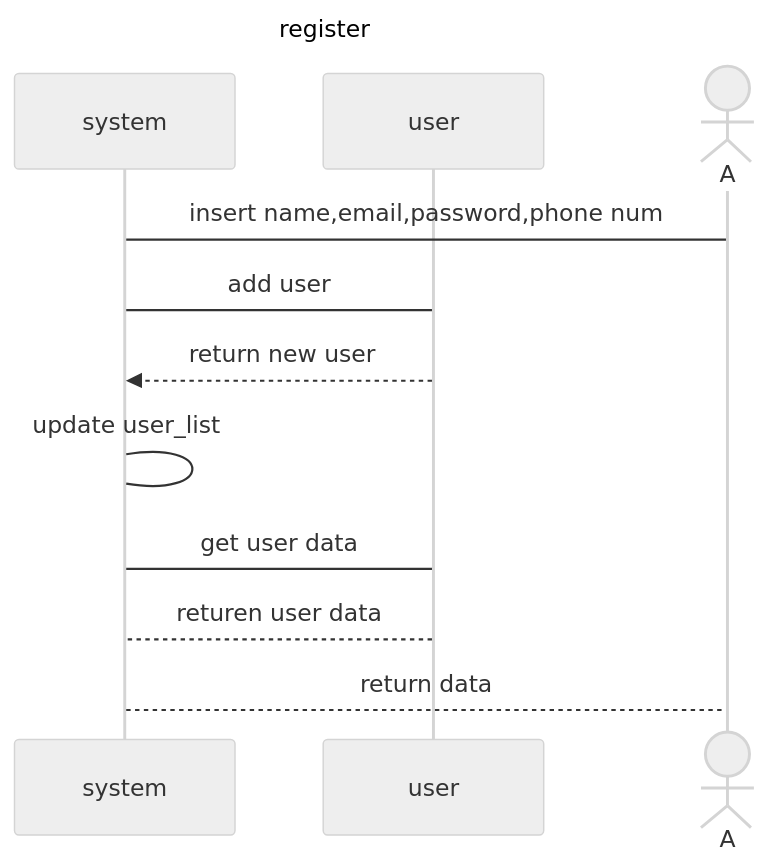
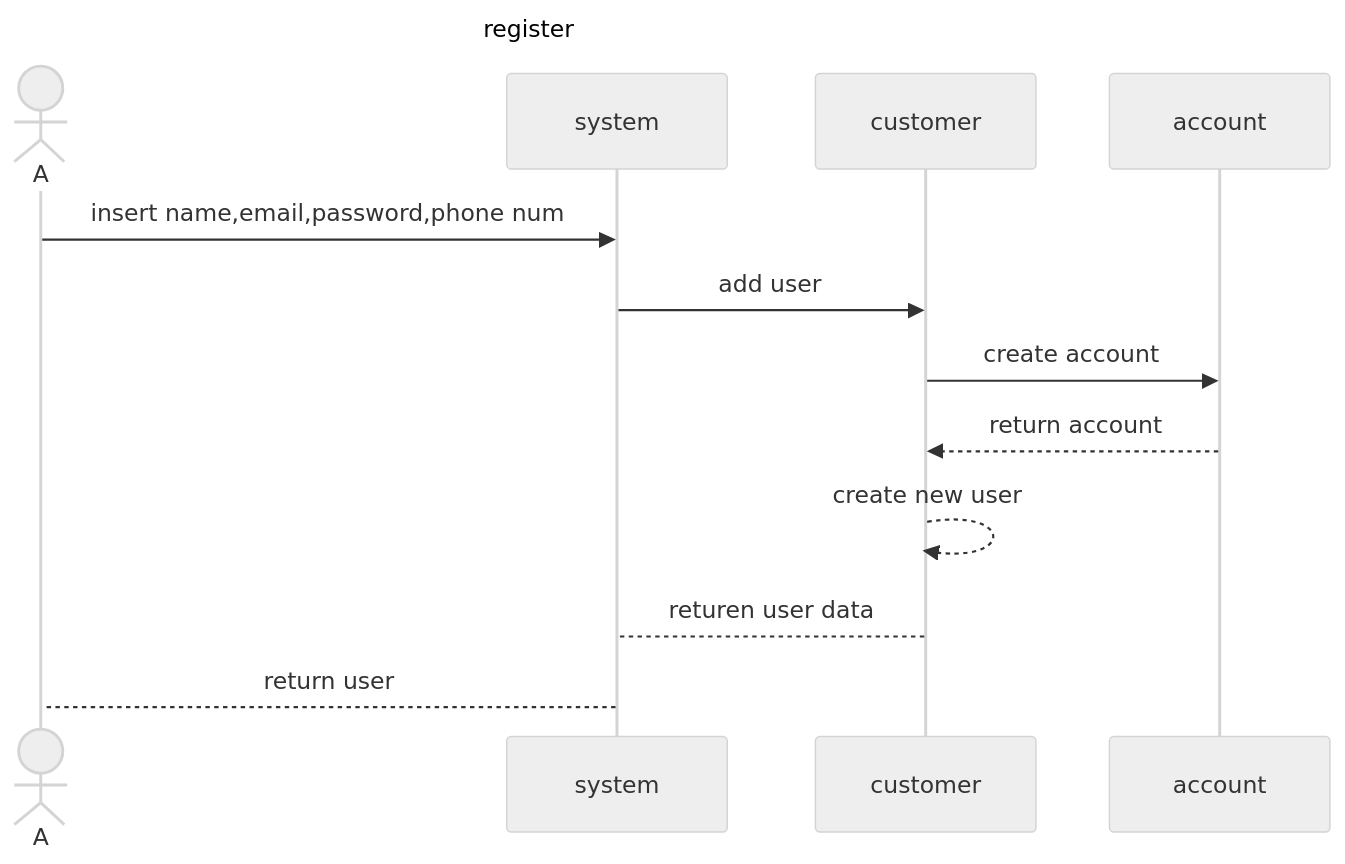
Before and after one commit to MxMhx/OOP_Project_MK_website: the diagram in sequence_diag/auth/register.mmd, drawn with Mermaid (neutral theme).

Commit message:
add sq register

```diff
--- a/sequence_diag/auth/register.mmd
+++ b/sequence_diag/auth/register.mmd
@@ -1,12 +1,14 @@
 sequenceDiagram
     title register
+    actor A
     participant system
-    participant user
-    actor A
-    A -> system:insert name,email,password,phone num
-    system -> user :add user
-    user -->>  system :return new user
-    system -> system :update user_list
-    system -> user :get user data
-    user --> system: returen user data
-    system --> A :return data
+    participant customer
+    participant account
+    
+    A ->> system:insert name,email,password,phone num
+    system ->> customer :add user
+    customer ->>  account :create account
+    account -->> customer :return account
+    customer -->> customer :create new user
+    customer --> system: returen user data
+    system --> A :return user
```
